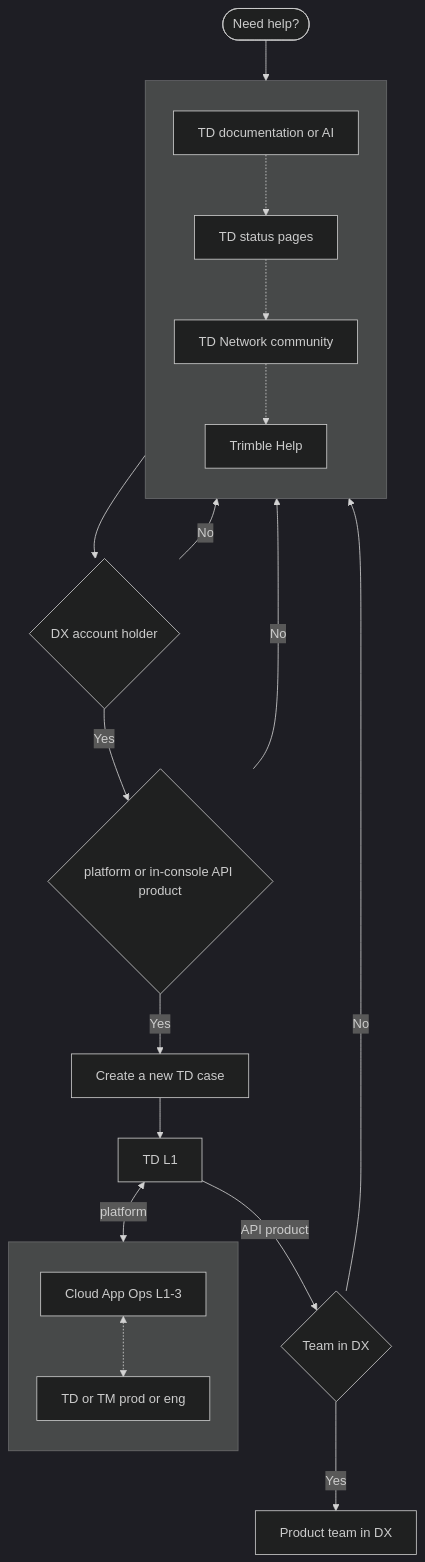
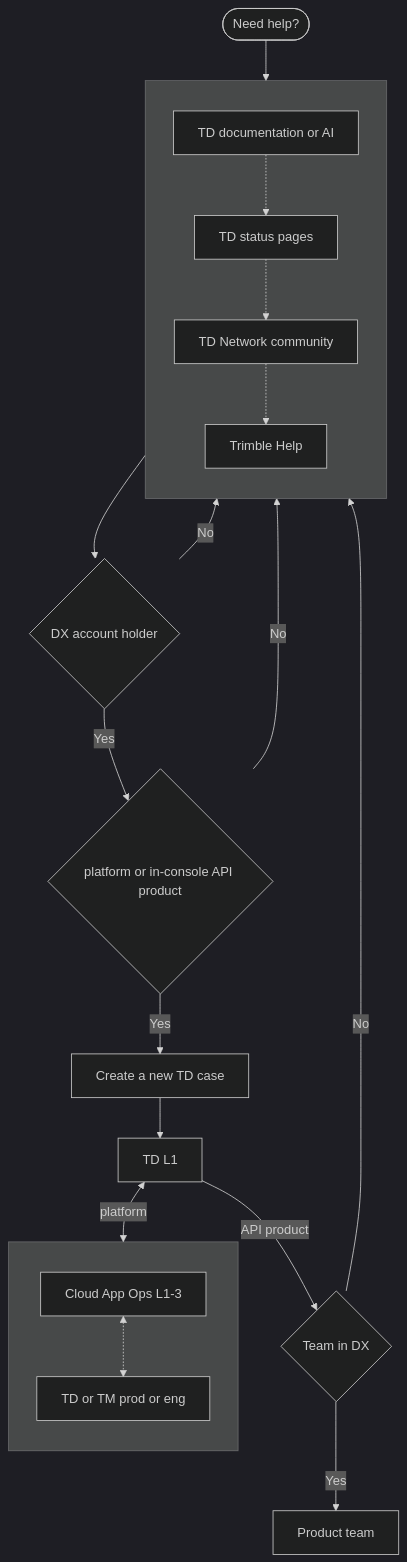
Before and after one commit to noel-tw/noel-tw.github.io: the diagram in image/developer/help.md, drawn with Mermaid (dark theme). The commit also changed 1 other file, not shown here.

````diff
--- a/image/developer/help.md
+++ b/image/developer/help.md
@@ -1,41 +1,41 @@
 ```mermaid
 flowchart TD
 	needhelp([Need help?])
 
 	subgraph options[" "]
 		direction TB
 		documentation["TD documentation or AI"]
 		pages["TD status pages"]
 		community["TD Network community"]
 		helpportal["Trimble Help"]
 		documentation -.-> pages
 		pages -.-> community
 		community -.-> helpportal
 	end
 
 	dxholder{"DX account holder"}
 	casetype{"platform or in-console API product"}
 	createcase["Create a new TD case"]
 	tdl1["TD L1"]
 	teamindx{"Team in DX"}
-	productteam["Product team in DX"]
+	productteam["Product team"]
 
 	subgraph platbranch[" "]
 		direction TB
 		cloudops["Cloud App Ops L1-3"]
 		tdmpl["TD or TM prod or eng"]
 		cloudops <-.-> tdmpl
 	end
 
 	needhelp --> options
 	options --> dxholder
 	dxholder -->|Yes| casetype
 	dxholder -->|No| options
 	casetype -->|Yes| createcase
 	casetype -->|No| options
 	createcase --> tdl1
 	tdl1 <-->|platform| platbranch
 	tdl1 -->|API product| teamindx
 	teamindx -->|Yes| productteam
 	teamindx -->|No| options
 ```
````
